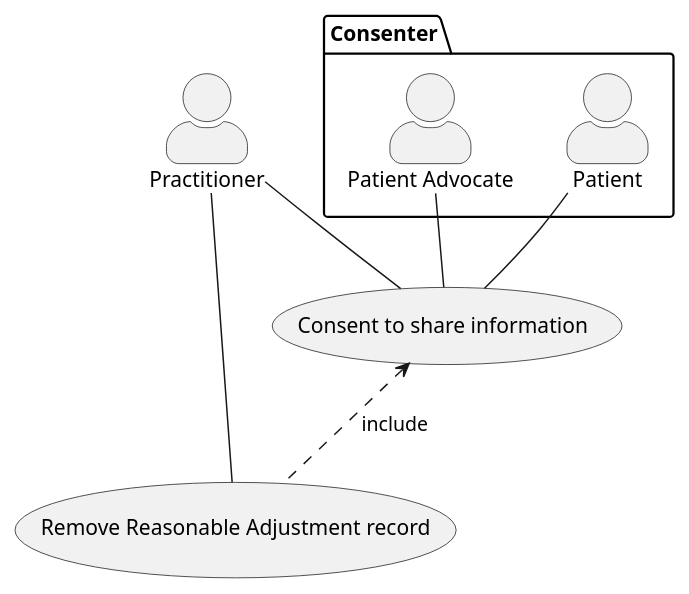
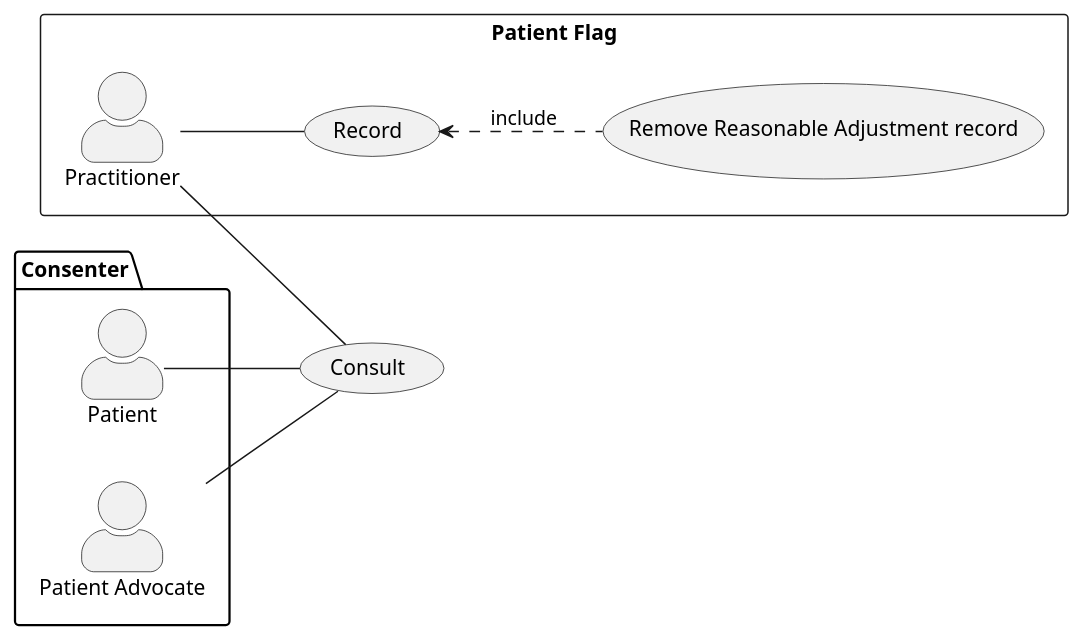
The diagram in input/images-source/remove-ra-record-usecase.plantuml (NHSDigital/ra-sandbox), drawn with PlantUML before and after one commit. The commit also changed 2 other files, not shown here.

```diff
--- a/input/images-source/remove-ra-record-usecase.plantuml
+++ b/input/images-source/remove-ra-record-usecase.plantuml
@@ -1,21 +1,26 @@
 @startuml
 
 skinparam actorStyle awesome
+left to right direction
 
+rectangle "Patient Flag"{
 actor Practitioner as pra
-package Consenter {
-  actor "Patient Advocate" as pad
-  actor Patient as pat
+usecase "Record" as record
+usecase "Remove Reasonable Adjustment record" as add
 }
 
-usecase  "Consent to share information" as CON
-usecase "Remove Reasonable Adjustment record" as RET
 
-pat -- CON
-pad -- CON
-pra -- CON
-pra -- RET
-CON <.. RET : include
+package Consenter {
+  actor Patient as pat
+  actor "Patient Advocate" as pad
+}
 
+usecase "Consult" as consult
+
+pat -- consult
+pra -- consult
+pad -- consult
+pra -- record
+record <.. add : include
 
 @enduml
```
